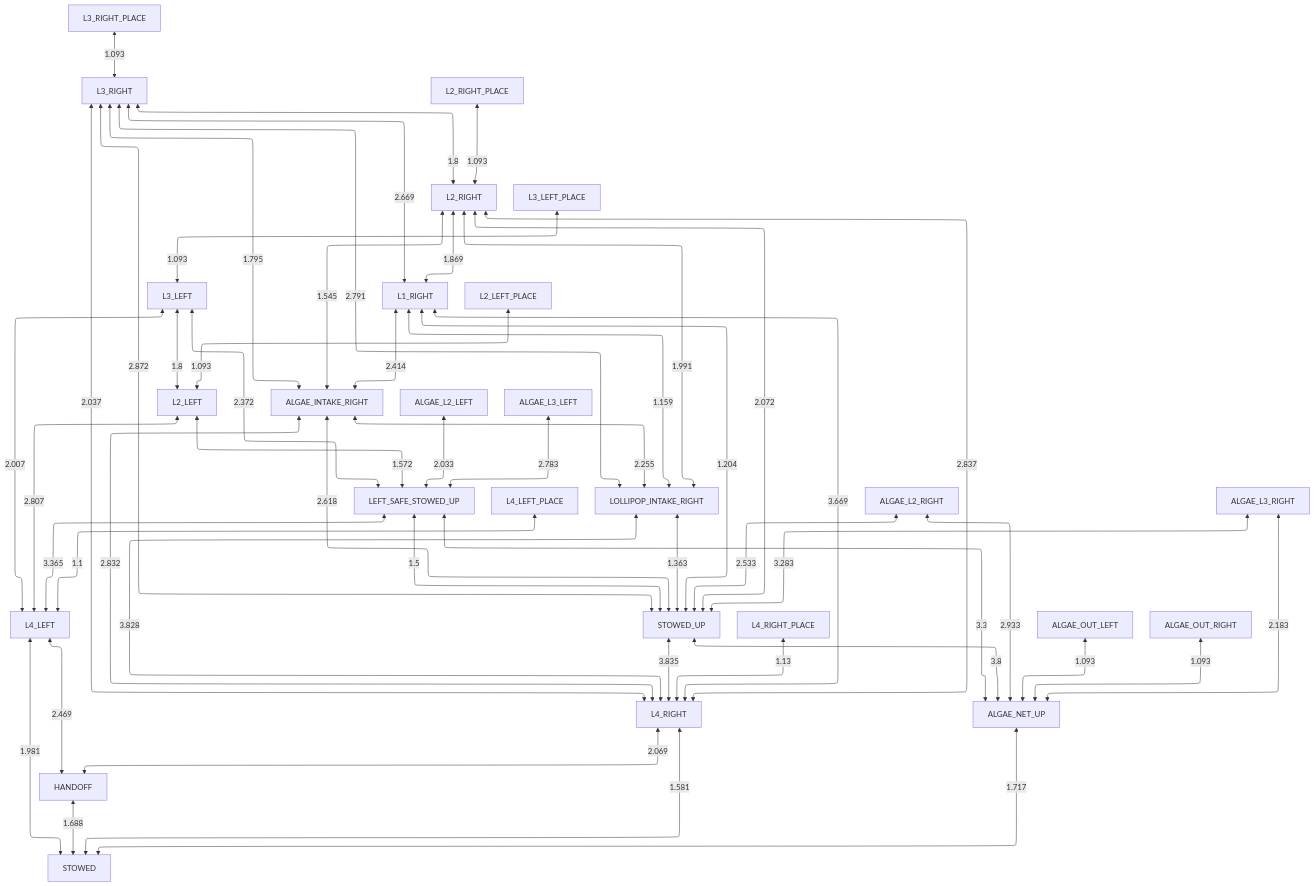
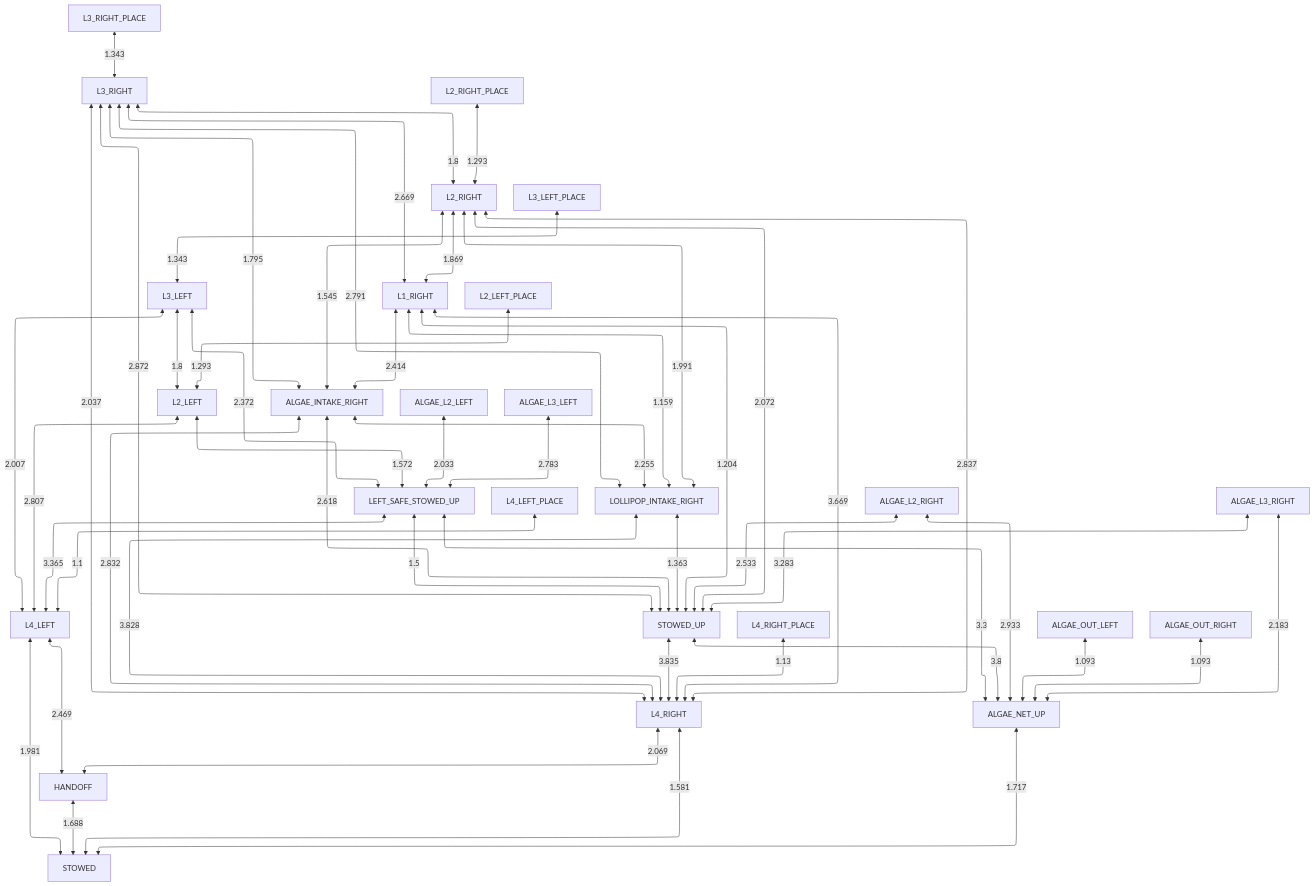
Before and after one commit to team581/offseason-2025-comp: the diagram in docs/collision_avoidance/no_obstruction.md, drawn with Mermaid. The commit also changed 3 other files, not shown here.

````diff
--- a/docs/collision_avoidance/no_obstruction.md
+++ b/docs/collision_avoidance/no_obstruction.md
@@ -3,55 +3,55 @@
 ```mermaid
 %%{ init: { "flowchart": { "defaultRenderer": "elk" } } }%%
 graph TD
 
 HANDOFF <-- 1.688 --> STOWED
 L4_LEFT <-- 1.981 --> STOWED
 L4_RIGHT <-- 1.581 --> STOWED
 ALGAE_NET_UP <-- 1.717 --> STOWED
 L4_LEFT <-- 2.469 --> HANDOFF
 L4_RIGHT <-- 2.069 --> HANDOFF
 LEFT_SAFE_STOWED_UP <-- 3.365 --> L4_LEFT
 L2_LEFT <-- 2.807 --> L4_LEFT
 L3_LEFT <-- 2.007 --> L4_LEFT
 L4_LEFT_PLACE <-- 1.1 --> L4_LEFT
 STOWED_UP <-- 3.835 --> L4_RIGHT
 ALGAE_INTAKE_RIGHT <-- 2.832 --> L4_RIGHT
 LOLLIPOP_INTAKE_RIGHT <-- 3.828 --> L4_RIGHT
 L1_RIGHT <-- 3.669 --> L4_RIGHT
 L2_RIGHT <-- 2.837 --> L4_RIGHT
 L3_RIGHT <-- 2.037 --> L4_RIGHT
 L4_RIGHT_PLACE <-- 1.13 --> L4_RIGHT
 LEFT_SAFE_STOWED_UP <-- 3.3 --> ALGAE_NET_UP
 STOWED_UP <-- 3.8 --> ALGAE_NET_UP
 ALGAE_OUT_LEFT <-- 1.093 --> ALGAE_NET_UP
 ALGAE_OUT_RIGHT <-- 1.093 --> ALGAE_NET_UP
 ALGAE_L2_RIGHT <-- 2.933 --> ALGAE_NET_UP
 ALGAE_L3_RIGHT <-- 2.183 --> ALGAE_NET_UP
 LEFT_SAFE_STOWED_UP <-- 1.5 --> STOWED_UP
 LOLLIPOP_INTAKE_RIGHT <-- 1.363 --> STOWED_UP
 ALGAE_INTAKE_RIGHT <-- 2.618 --> STOWED_UP
 L1_RIGHT <-- 1.204 --> STOWED_UP
 L2_RIGHT <-- 2.072 --> STOWED_UP
 L3_RIGHT <-- 2.872 --> STOWED_UP
 ALGAE_L2_RIGHT <-- 2.533 --> STOWED_UP
 ALGAE_L3_RIGHT <-- 3.283 --> STOWED_UP
 L2_LEFT <-- 1.572 --> LEFT_SAFE_STOWED_UP
 L3_LEFT <-- 2.372 --> LEFT_SAFE_STOWED_UP
 ALGAE_L2_LEFT <-- 2.033 --> LEFT_SAFE_STOWED_UP
 ALGAE_L3_LEFT <-- 2.783 --> LEFT_SAFE_STOWED_UP
 ALGAE_INTAKE_RIGHT <-- 2.255 --> LOLLIPOP_INTAKE_RIGHT
 L1_RIGHT <-- 1.159 --> LOLLIPOP_INTAKE_RIGHT
 L2_RIGHT <-- 1.991 --> LOLLIPOP_INTAKE_RIGHT
 L3_RIGHT <-- 2.791 --> LOLLIPOP_INTAKE_RIGHT
 L1_RIGHT <-- 2.414 --> ALGAE_INTAKE_RIGHT
 L2_RIGHT <-- 1.545 --> ALGAE_INTAKE_RIGHT
 L3_RIGHT <-- 1.795 --> ALGAE_INTAKE_RIGHT
 L3_LEFT <-- 1.8 --> L2_LEFT
-L2_LEFT_PLACE <-- 1.093 --> L2_LEFT
-L3_LEFT_PLACE <-- 1.093 --> L3_LEFT
+L2_LEFT_PLACE <-- 1.293 --> L2_LEFT
+L3_LEFT_PLACE <-- 1.343 --> L3_LEFT
 L2_RIGHT <-- 1.869 --> L1_RIGHT
 L3_RIGHT <-- 2.669 --> L1_RIGHT
 L3_RIGHT <-- 1.8 --> L2_RIGHT
-L2_RIGHT_PLACE <-- 1.093 --> L2_RIGHT
-L3_RIGHT_PLACE <-- 1.093 --> L3_RIGHT
+L2_RIGHT_PLACE <-- 1.293 --> L2_RIGHT
+L3_RIGHT_PLACE <-- 1.343 --> L3_RIGHT
 ```
````
